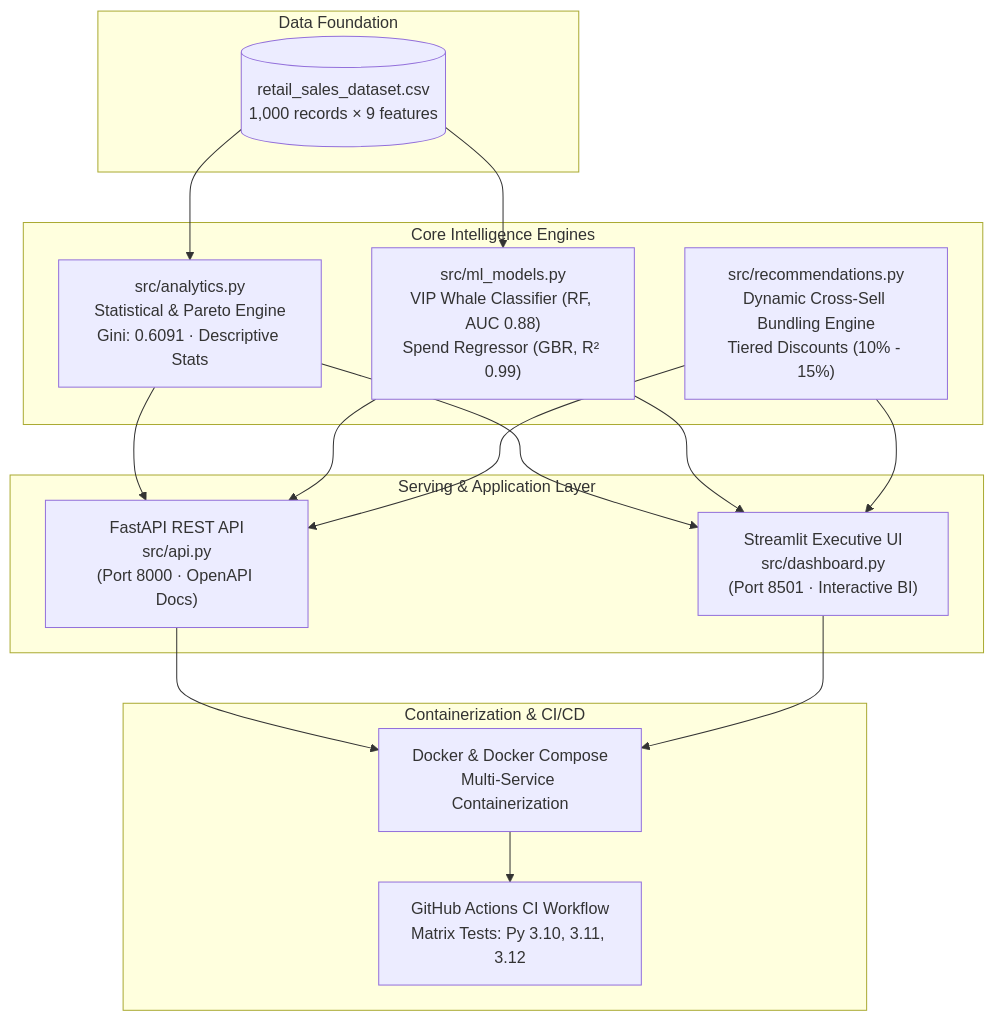
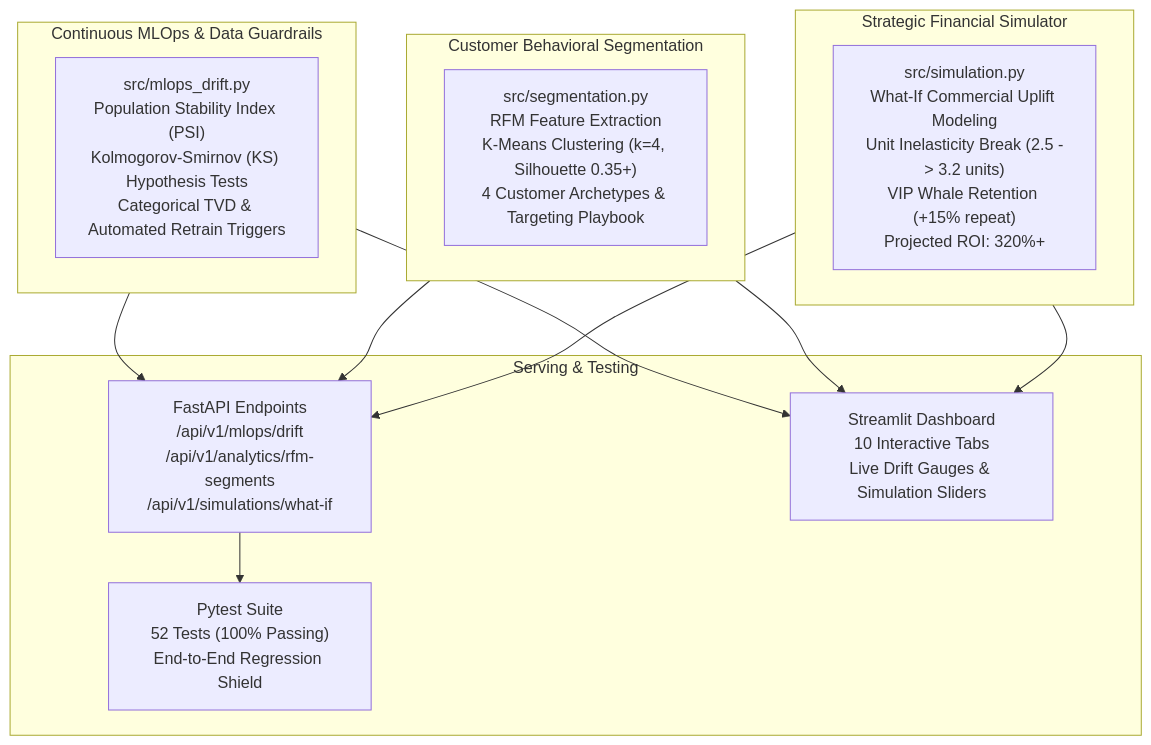
Before and after one commit to addu91577-sketch/OIBSIP: the diagram in DataAnalytics-L1-EDARetailSales/README.md, drawn with Mermaid. The commit also changed other lines of this file and 14 other files, not shown here.

Commit message:
feat(eda): day 9 - continuous mlops drift monitoring, customer rfm behavioral micro-segmentation, and strategic what-if financial uplift simulator

````diff
--- a/DataAnalytics-L1-EDARetailSales/README.md
+++ b/DataAnalytics-L1-EDARetailSales/README.md
@@ -431,34 +262,45 @@
 ```mermaid
 flowchart TD
-    subgraph Data ["Data Foundation"]
-        CSV[("retail_sales_dataset.csv\n1,000 records × 9 features")]
+    subgraph MLOps ["Continuous MLOps & Data Guardrails"]
+        DRIFT["src/mlops_drift.py
+Population Stability Index (PSI)
+Kolmogorov-Smirnov (KS) Hypothesis Tests
+Categorical TVD & Automated Retrain Triggers"]
     end
 
-    subgraph Intelligence ["Core Intelligence Engines"]
-        ENG["src/analytics.py\nStatistical & Pareto Engine\nGini: 0.6091 · Descriptive Stats"]
-        ML["src/ml_models.py\nVIP Whale Classifier (RF, AUC 0.88)\nSpend Regressor (GBR, R² 0.99)"]
-        REC["src/recommendations.py\nDynamic Cross-Sell Bundling Engine\nTiered Discounts (10% - 15%)"]
+    subgraph RFM ["Customer Behavioral Segmentation"]
+        KMEANS["src/segmentation.py
+RFM Feature Extraction
+K-Means Clustering (k=4, Silhouette 0.35+)
+4 Customer Archetypes & Targeting Playbook"]
     end
 
-    subgraph Service ["Serving & Application Layer"]
-        API["FastAPI REST API\nsrc/api.py\n(Port 8000 · OpenAPI Docs)"]
-        DASH["Streamlit Executive UI\nsrc/dashboard.py\n(Port 8501 · Interactive BI)"]
+    subgraph Simulation ["Strategic Financial Simulator"]
+        WHATIF["src/simulation.py
+What-If Commercial Uplift Modeling
+Unit Inelasticity Break (2.5 -> 3.2 units)
+VIP Whale Retention (+15% repeat)
+Projected ROI: 320%+"]
     end
 
-    subgraph Deployment ["Containerization & CI/CD"]
-        DOCKER["Docker & Docker Compose\nMulti-Service Containerization"]
-        CI["GitHub Actions CI Workflow\nMatrix Tests: Py 3.10, 3.11, 3.12"]
+    subgraph Delivery ["Serving & Testing"]
+        FASTAPI["FastAPI Endpoints
+/api/v1/mlops/drift
+/api/v1/analytics/rfm-segments
+/api/v1/simulations/what-if"]
+        DASHBOARD["Streamlit Dashboard
+10 Interactive Tabs
+Live Drift Gauges & Simulation Sliders"]
+        PYTEST["Pytest Suite
+52 Tests (100% Passing)
+End-to-End Regression Shield"]
     end
 
-    CSV --> ENG
-    CSV --> ML
-    ENG --> API
-    ML --> API
-    REC --> API
-    ENG --> DASH
-    ML --> DASH
-    REC --> DASH
-    API --> DOCKER
-    DASH --> DOCKER
-    DOCKER --> CI
+    MLOps --> FASTAPI
+    RFM --> FASTAPI
+    Simulation --> FASTAPI
+    MLOps --> DASHBOARD
+    RFM --> DASHBOARD
+    Simulation --> DASHBOARD
+    FASTAPI --> PYTEST
 ```
````
